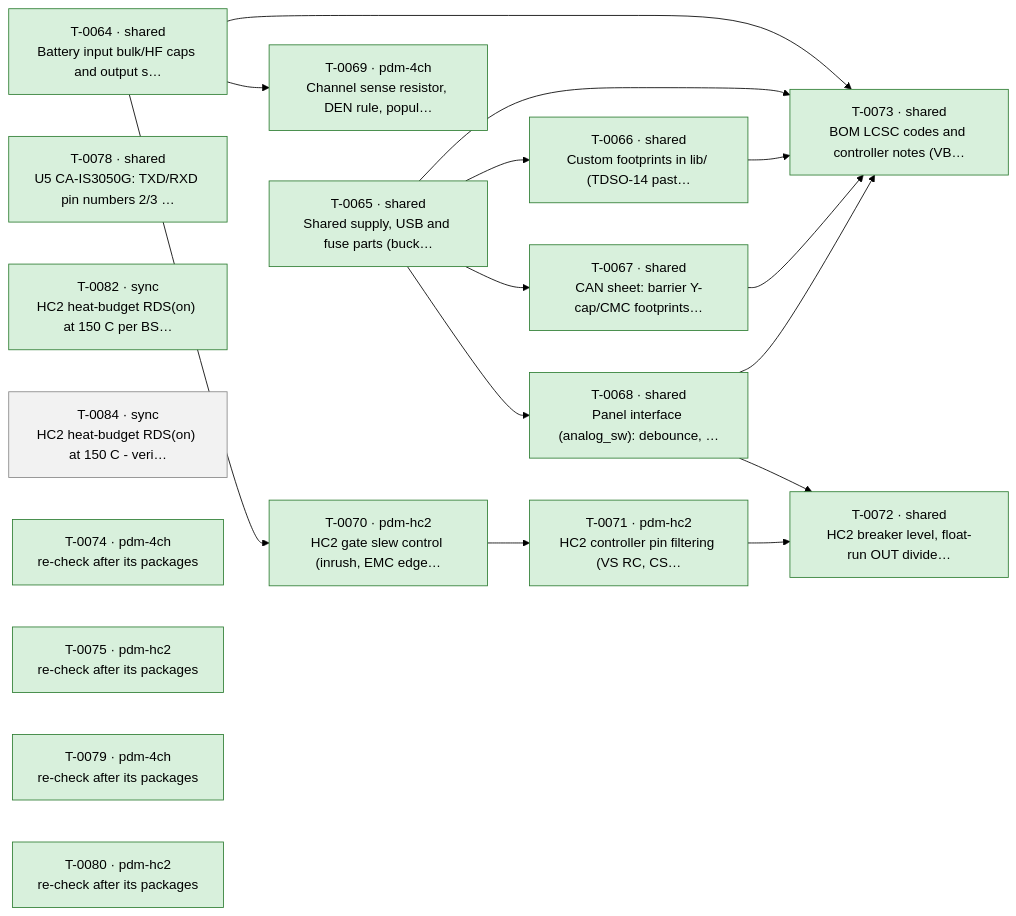
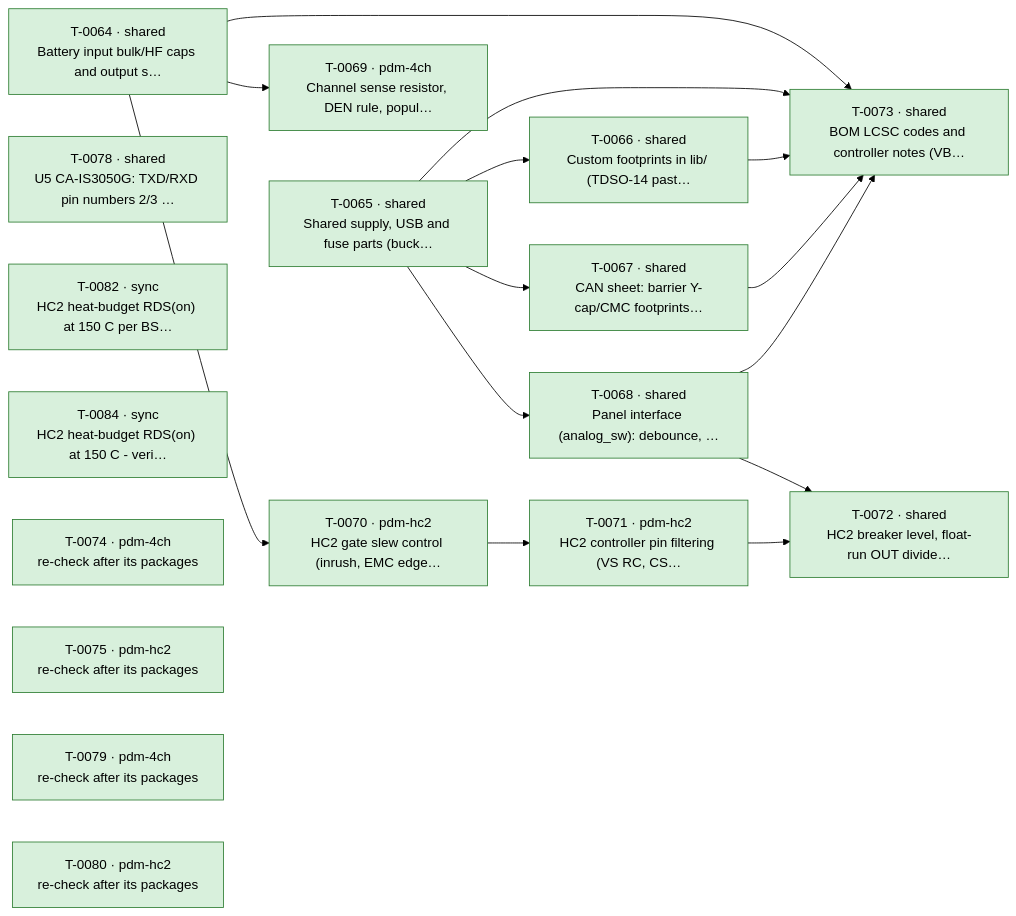
Before and after one commit to plektra/ESP32-PDM: the diagram in docs/ROADMAP.md, drawn with Mermaid (forest theme). The commit also changed other lines of this file and 1 other file, not shown here.

First line of the commit message:
Auto: board-fixer sync (T-0084): 0 fixed, 0 blocked, merged 0a052c20; no part changes

````diff
--- a/docs/ROADMAP.md
+++ b/docs/ROADMAP.md
@@ -18,37 +18,37 @@
 ```mermaid
 flowchart LR
   T0064["T-0064 · shared<br/>Battery input bulk/HF caps and output s…"]:::done
   T0065["T-0065 · shared<br/>Shared supply, USB and fuse parts (buck…"]:::done
   T0066["T-0066 · shared<br/>Custom footprints in lib/ (TDSO-14 past…"]:::done
   T0067["T-0067 · shared<br/>CAN sheet: barrier Y-cap/CMC footprints…"]:::done
   T0068["T-0068 · shared<br/>Panel interface (analog_sw): debounce, …"]:::done
   T0069["T-0069 · pdm-4ch<br/>Channel sense resistor, DEN rule, popul…"]:::done
   T0070["T-0070 · pdm-hc2<br/>HC2 gate slew control (inrush, EMC edge…"]:::done
   T0071["T-0071 · pdm-hc2<br/>HC2 controller pin filtering (VS RC, CS…"]:::done
   T0072["T-0072 · shared<br/>HC2 breaker level, float-run OUT divide…"]:::done
   T0073["T-0073 · shared<br/>BOM LCSC codes and controller notes (VB…"]:::done
   T0078["T-0078 · shared<br/>U5 CA-IS3050G: TXD/RXD pin numbers 2/3 …"]:::done
   T0082["T-0082 · sync<br/>HC2 heat-budget RDS(on) at 150 C per BS…"]:::done
-  T0084["T-0084 · sync<br/>HC2 heat-budget RDS(on) at 150 C - veri…"]:::ready
+  T0084["T-0084 · sync<br/>HC2 heat-budget RDS(on) at 150 C - veri…"]:::done
   T0074["T-0074 · pdm-4ch<br/>re-check after its packages"]:::done
   T0075["T-0075 · pdm-hc2<br/>re-check after its packages"]:::done
   T0079["T-0079 · pdm-4ch<br/>re-check after its packages"]:::done
   T0080["T-0080 · pdm-hc2<br/>re-check after its packages"]:::done
   T0065 --> T0066
   T0065 --> T0067
   T0065 --> T0068
   T0064 --> T0069
   T0064 --> T0070
   T0070 --> T0071
   T0068 --> T0072
   T0071 --> T0072
   T0064 --> T0073
   T0065 --> T0073
   T0066 --> T0073
   T0067 --> T0073
   T0068 --> T0073
   classDef done fill:#d8f0dc,stroke:#2e7d32
   classDef running fill:#d6e6ff,stroke:#1f5fbf
   classDef ready fill:#f2f2f2,stroke:#888
   classDef failed fill:#f9d9d9,stroke:#b3261e
 ```
````
